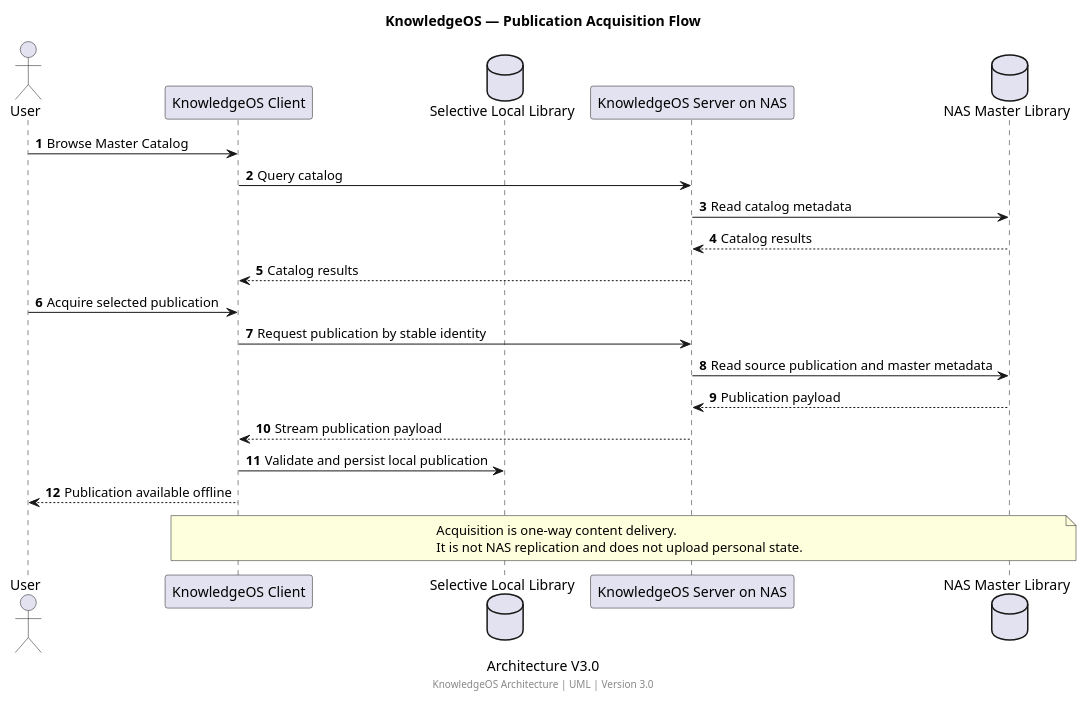
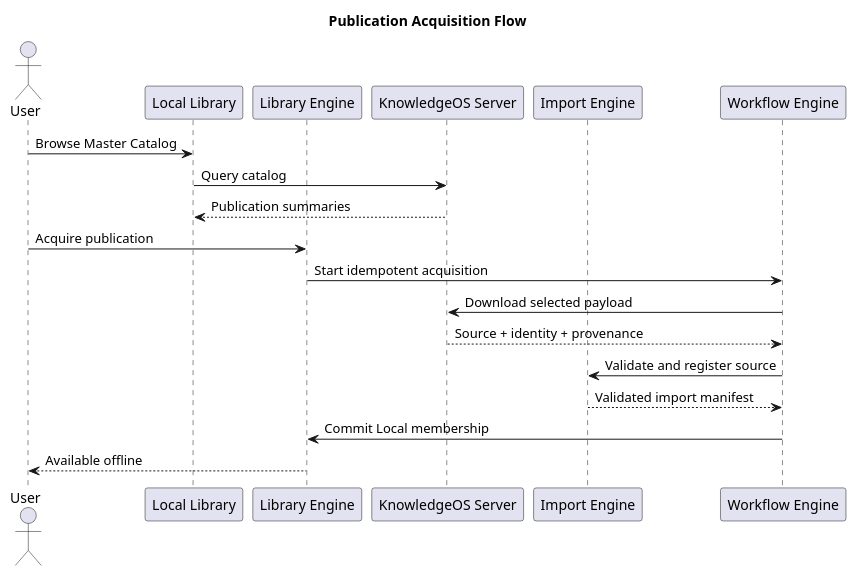
One commit to Sebailla/KnowledgeOS changed the diagram in 00-Architecture/07-ArchitectureViews/UML/Publication-Acquisition-Flow.puml. Above: the diagram before and after it, drawn with PlantUML. The commit also changed 51 other files, not shown here.

First line of the commit message:
feat(governance): Update Architecture Governance to version 4.0

```diff
--- a/00-Architecture/07-ArchitectureViews/UML/Publication-Acquisition-Flow.puml
+++ b/00-Architecture/07-ArchitectureViews/UML/Publication-Acquisition-Flow.puml
@@ -1,34 +1,20 @@
 @startuml UML-PUBLICATION-ACQUISITION-FLOW
-title KnowledgeOS — Publication Acquisition Flow
-caption Architecture V3.0
-
-skinparam shadowing false
-autonumber
-
+title Publication Acquisition Flow
 actor User
-participant "KnowledgeOS Client" as Client
-database "Selective Local Library" as Local
-participant "KnowledgeOS Server on NAS" as Server
-database "NAS Master Library" as Master
-
-User -> Client : Browse Master Catalog
-Client -> Server : Query catalog
-Server -> Master : Read catalog metadata
-Master --> Server : Catalog results
-Server --> Client : Catalog results
-
-User -> Client : Acquire selected publication
-Client -> Server : Request publication by stable identity
-Server -> Master : Read source publication and master metadata
-Master --> Server : Publication payload
-Server --> Client : Stream publication payload
-Client -> Local : Validate and persist local publication
-Client --> User : Publication available offline
-
-note over Client, Master
-  Acquisition is one-way content delivery.
-  It is not NAS replication and does not upload personal state.
-end note
-
-footer KnowledgeOS Architecture | UML | Version 3.0
+participant "Local Library" as Local
+participant "Library Engine" as Library
+participant "KnowledgeOS Server" as Server
+participant "Import Engine" as Import
+participant "Workflow Engine" as Workflow
+User -> Local: Browse Master Catalog
+Local -> Server: Query catalog
+Server --> Local: Publication summaries
+User -> Library: Acquire publication
+Library -> Workflow: Start idempotent acquisition
+Workflow -> Server: Download selected payload
+Server --> Workflow: Source + identity + provenance
+Workflow -> Import: Validate and register source
+Import --> Workflow: Validated import manifest
+Workflow -> Library: Commit Local membership
+Library --> User: Available offline
 @enduml
```
